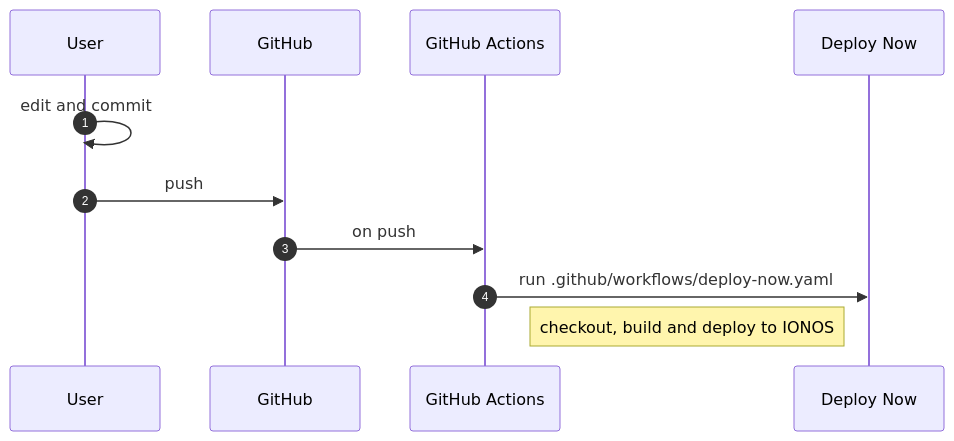
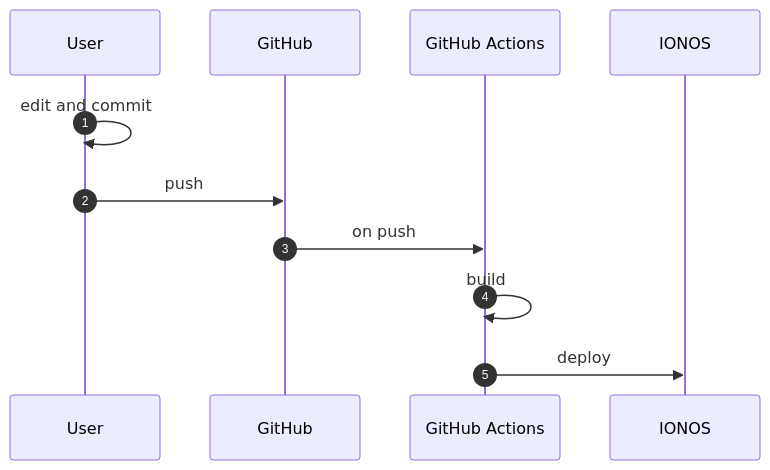
One commit to ionos-deploy-now/documentation changed the first of 3 diagrams in content/docs/git-integration.md. Above: the diagram before and after it, drawn with Mermaid. The commit also changed other lines of this file, not shown here.

```diff
--- a/content/docs/git-integration.md
+++ b/content/docs/git-integration.md
@@ -13,9 +13,9 @@
 ~~~mermaid
 sequenceDiagram
     autonumber
     User ->> User: edit and commit
     User ->> GitHub: push
     GitHub ->> GitHub Actions: on push
-    GitHub Actions ->> Deploy Now: run .github/workflows/deploy-now.yaml 
-    Note left of Deploy Now: checkout, build and deploy to IONOS
+    GitHub Actions ->> GitHub Actions: build
+    GitHub Actions ->> IONOS: deploy
 ~~~
```
